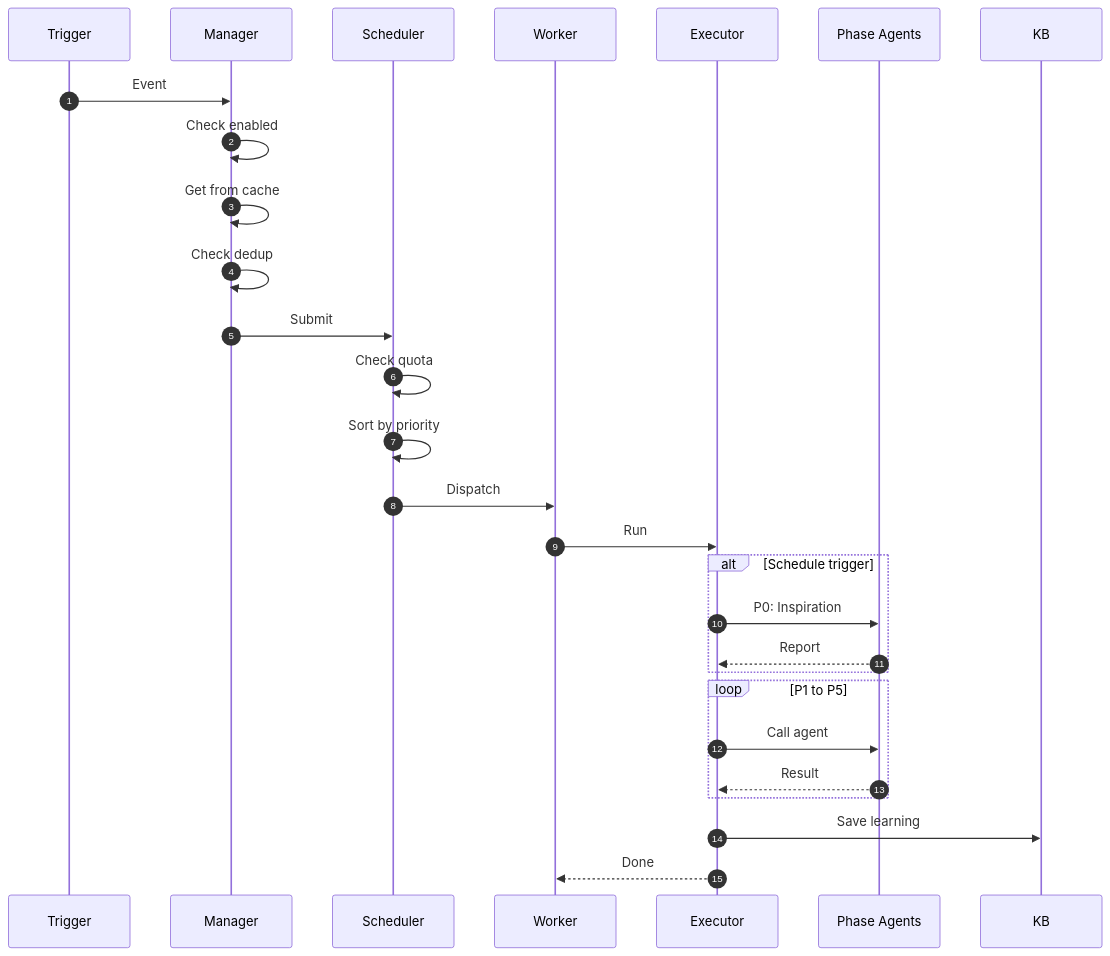
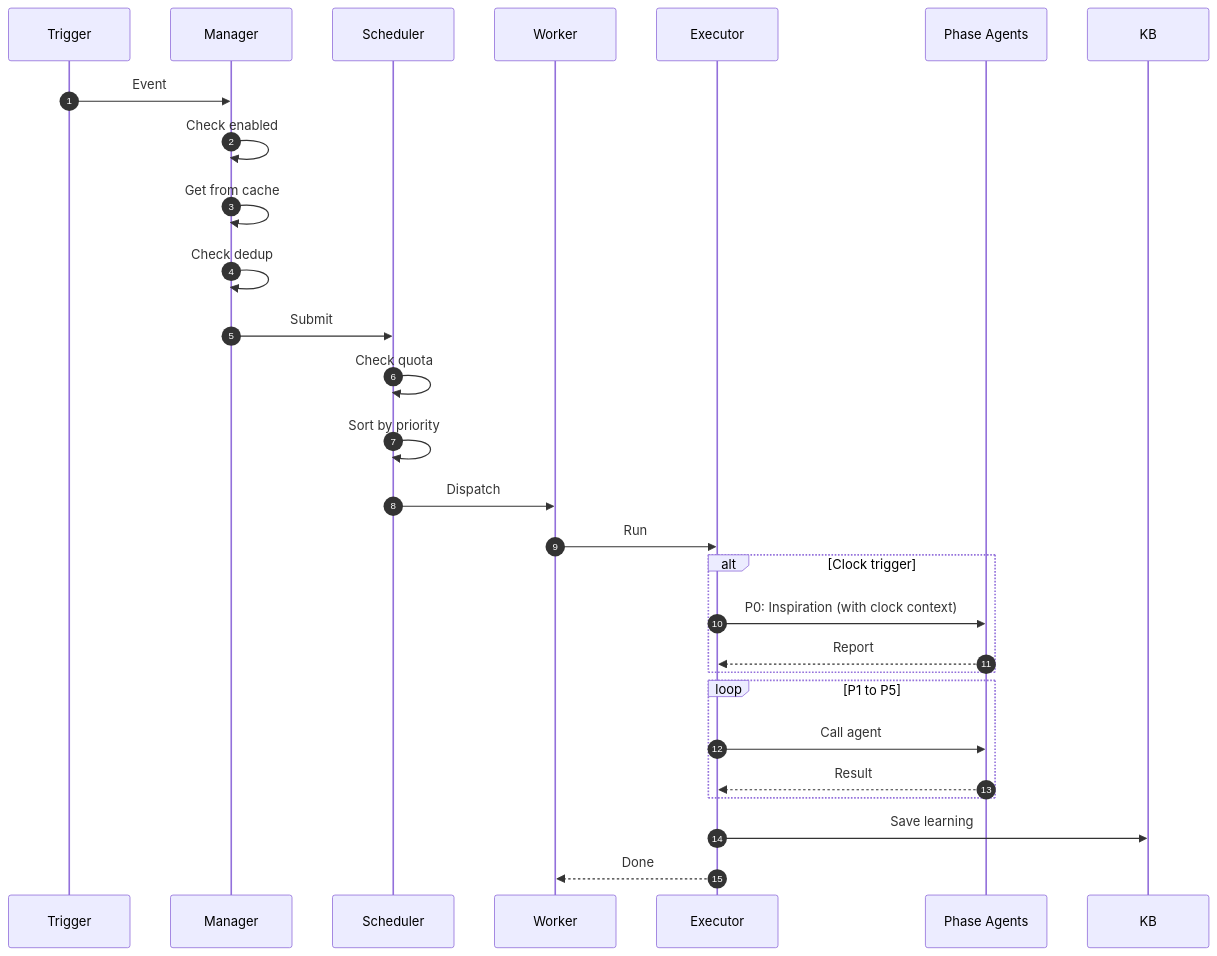
The second of 5 diagrams in agent/autonomous/DESIGN.md (YaoApp/yao), drawn with Mermaid before and after one commit. The commit also changed other lines of this file, not shown here.

First line of the commit message:
Update Autonomous Agent Design Document to Replace Schedule with Clock Trigger

````diff
--- a/agent/autonomous/DESIGN.md
+++ b/agent/autonomous/DESIGN.md
@@ -118,36 +118,36 @@
 ```mermaid
 sequenceDiagram
     autonumber
     participant T as Trigger
     participant M as Manager
     participant S as Scheduler
     participant W as Worker
     participant E as Executor
     participant A as Phase Agents
     participant KB as KB
 
     T->>M: Event
     M->>M: Check enabled
     M->>M: Get from cache
     M->>M: Check dedup
     M->>S: Submit
 
     S->>S: Check quota
     S->>S: Sort by priority
     S->>W: Dispatch
 
     W->>E: Run
 
-    alt Schedule trigger
-        E->>A: P0: Inspiration
+    alt Clock trigger
+        E->>A: P0: Inspiration (with clock context)
         A-->>E: Report
     end
 
     loop P1 to P5
         E->>A: Call agent
         A-->>E: Result
     end
 
     E->>KB: Save learning
     E-->>W: Done
 ```
````
